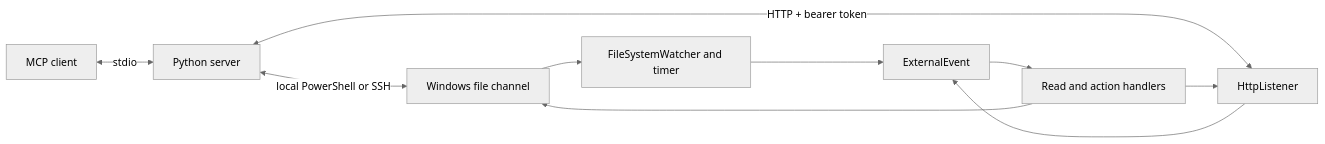
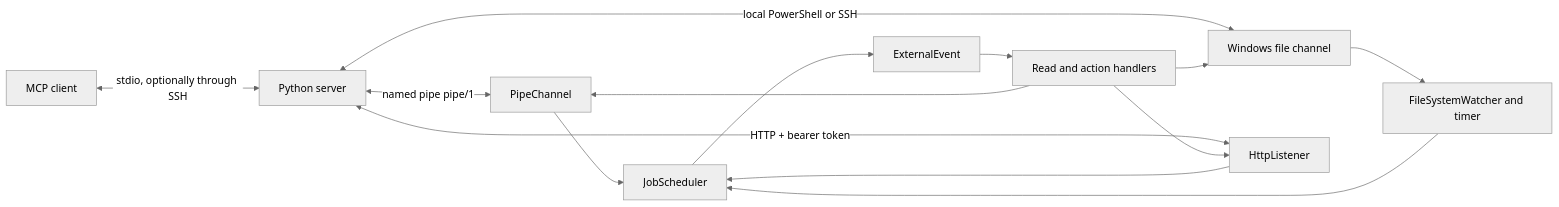
One commit to sharafutdinovdi/revit-model-mcp changed the diagram in docs/architecture.md. Above: the diagram before and after it, drawn with Mermaid (neutral theme). The commit also changed other lines of this file and 14 other files, not shown here.

First line of the commit message:
feat(channel): add a named pipe transport

````diff
--- a/docs/architecture.md
+++ b/docs/architecture.md
@@ -12,12 +13,16 @@
 ```mermaid
 flowchart LR
-    Client[MCP client] <-->|stdio| Server[Python server]
+    Client[MCP client] <-->|stdio, optionally through SSH| Server[Python server]
+    Server <-->|named pipe pipe/1| Pipe[PipeChannel]
     Server <-->|local PowerShell or SSH| Files[Windows file channel]
     Files --> Watcher[FileSystemWatcher and timer]
-    Watcher --> Event[ExternalEvent]
     Server <-->|HTTP + bearer token| HTTP[HttpListener]
-    HTTP --> Event
+    Pipe --> Scheduler[JobScheduler]
+    Watcher --> Scheduler
+    HTTP --> Scheduler
+    Scheduler --> Event[ExternalEvent]
     Event --> Handler[Read and action handlers]
     Handler --> Files
+    Handler --> Pipe
     Handler --> HTTP
 ```
````
